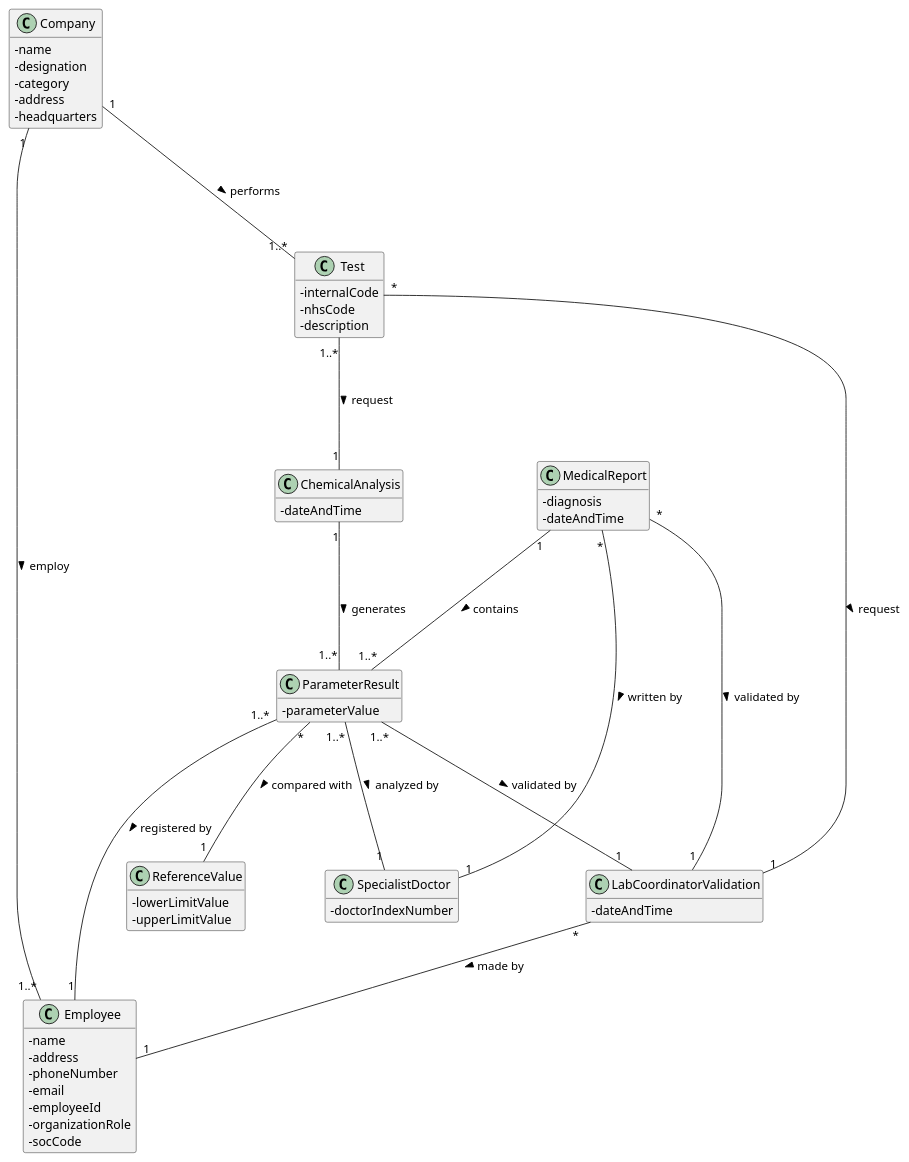
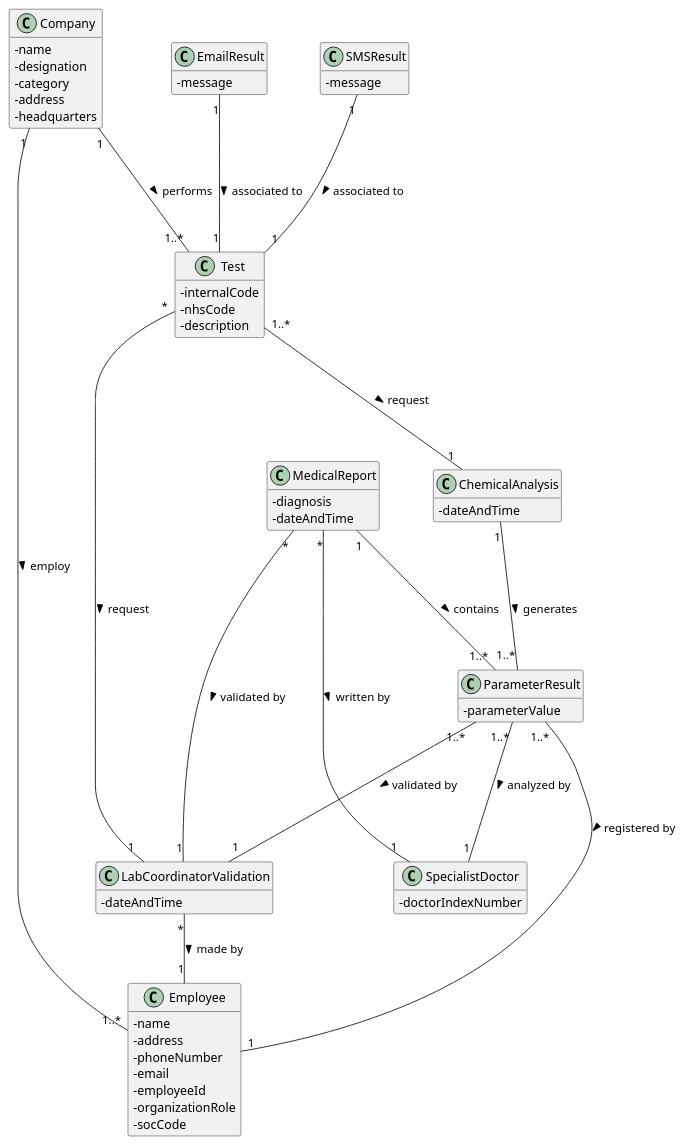
Before and after one commit to manu-07-ela/LAPR2_ISEP: the diagram in docs/SprintC/US15/US15_DM.puml, drawn with PlantUML. The commit also changed 2 other files, not shown here.

Commit message:
US15 - Class Diagram and some adjustments in the partial DM and Sequence Diagram

```diff
--- a/docs/SprintC/US15/US15_DM.puml
+++ b/docs/SprintC/US15/US15_DM.puml
@@ -1,87 +1,95 @@
 @startuml
 'https://plantuml.com/class-diagram
 hide methods
 skinparam classAttributeIconSize 0
 
 class Company
 class LabCoordinatorValidation
 class Employee
 class ChemicalAnalysis
 class SpecialistDoctor
 class MedicalReport
 class ParameterResult
-class ReferenceValue
 class Test
+class EmailResult
+class SMSResult
 
 
 class Company{
 -name
 -designation
 -category
 -address
 -headquarters
 }
 
 class LabCoordinatorValidation {
 -dateAndTime
 }
 
 class Employee {
 -name
 -address
 -phoneNumber
 -email
 -employeeId
 -organizationRole
 -socCode
 }
 
 class ChemicalAnalysis{
 -dateAndTime
 }
 
 class SpecialistDoctor{
 -doctorIndexNumber
 }
 
 class MedicalReport{
 -diagnosis
 -dateAndTime
 }
 
 class ParameterResult{
 -parameterValue
 }
 
-class ReferenceValue{
--lowerLimitValue
--upperLimitValue
-}
 
 class Test{
 -internalCode
 -nhsCode
 -description
 }
+
+class EmailResult{
+-message
+}
+
+class SMSResult{
+-message
+}
+
 
 ChemicalAnalysis "1"---"1..*" ParameterResult: generates >
 
 Company "1"---"1..*" Employee : employ >
 Company "1"---"1..*" Test : performs >
 
 LabCoordinatorValidation "*"--"1" Employee : made by >
 
 MedicalReport "*"---"1" LabCoordinatorValidation : validated by >
 MedicalReport "1"---"1..*" ParameterResult : contains >
 MedicalReport "*"---"1" SpecialistDoctor : written by >
 
 Test "1..*" ---"1" ChemicalAnalysis : request >
 Test "*" --- "1" LabCoordinatorValidation : request >
 
 ParameterResult "1..*"---"1" Employee: registered by >
 ParameterResult "1..*"---"1" LabCoordinatorValidation : validated by >
 ParameterResult "1..*"---"1" SpecialistDoctor : analyzed by >
-ParameterResult "*"---"1" ReferenceValue : compared with >
 
+EmailResult "1"---"1" Test : associated to >
+
+SMSResult "1"---"1" Test : associated to >
 
 @enduml
```
